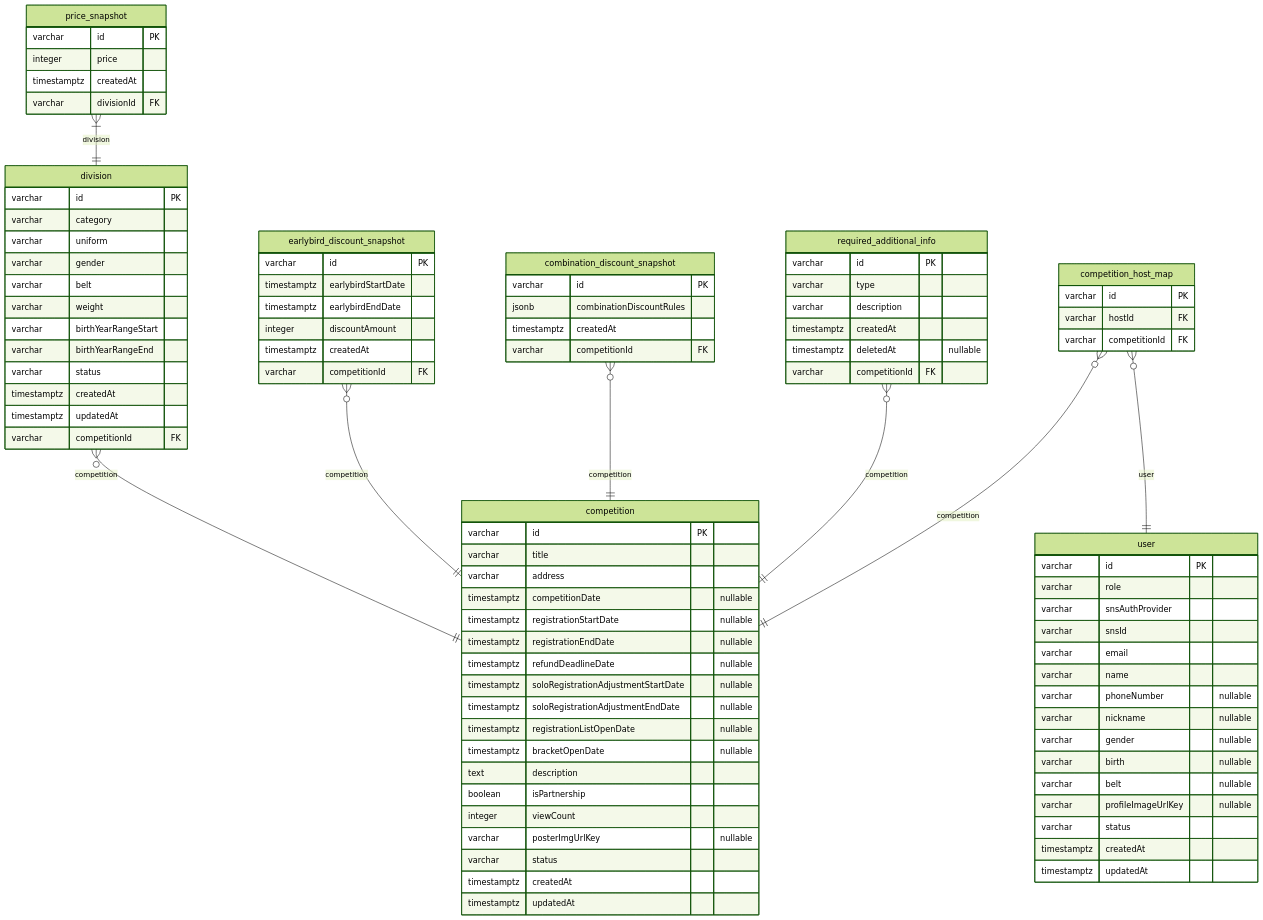
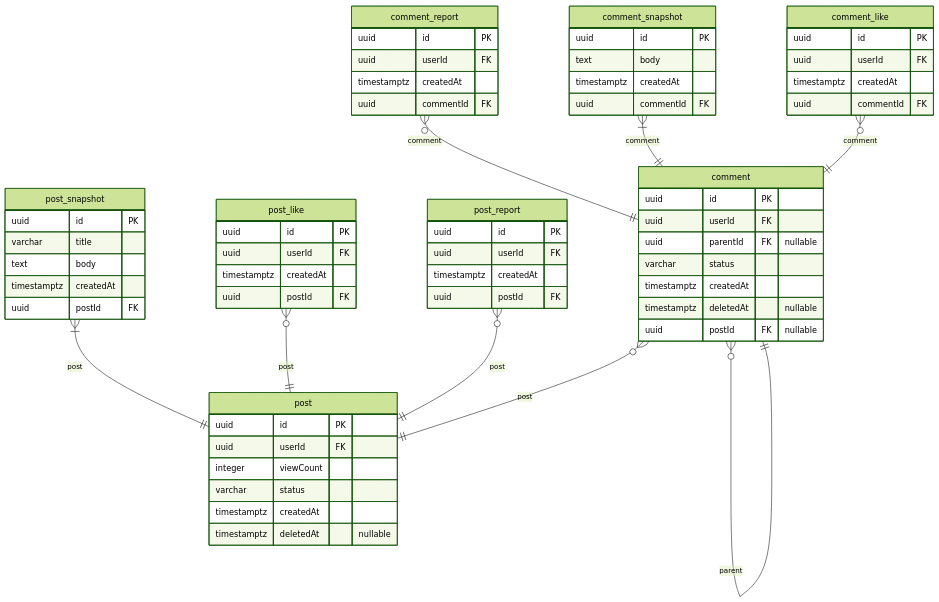
Before and after one commit to NAJUHA-JIUJITSU/najuha-v2-be: the fourth of 4 diagrams in docs/najiha-v2-erd.md, drawn with Mermaid (forest theme). The commit also changed other lines of this file and 43 other files, not shown here.

````diff
--- a/docs/najiha-v2-erd.md
+++ b/docs/najiha-v2-erd.md
@@ -345,94 +537,65 @@
 ```mermaid
 erDiagram
-  price_snapshot {
-    varchar id PK
-    integer price
+  post_snapshot {
+    uuid id PK
+    varchar title
+    text body
     timestamptz createdAt
-    varchar divisionId FK
+    uuid postId FK
   }
-  division {
-    varchar id PK
-    varchar category
-    varchar uniform
-    varchar gender
-    varchar belt
-    varchar weight
-    varchar birthYearRangeStart
-    varchar birthYearRangeEnd
+  post_like {
+    uuid id PK
+    uuid userId FK
+    timestamptz createdAt
+    uuid postId FK
+  }
+  post_report {
+    uuid id PK
+    uuid userId FK
+    timestamptz createdAt
+    uuid postId FK
+  }
+  post {
+    uuid id PK
+    uuid userId FK
+    integer viewCount
     varchar status
     timestamptz createdAt
-    timestamptz updatedAt
-    varchar competitionId FK
+    timestamptz deletedAt "nullable"
   }
-  earlybird_discount_snapshot {
-    varchar id PK
-    timestamptz earlybirdStartDate
-    timestamptz earlybirdEndDate
-    integer discountAmount
+  comment_report {
+    uuid id PK
+    uuid userId FK
     timestamptz createdAt
-    varchar competitionId FK
+    uuid commentId FK
   }
-  combination_discount_snapshot {
-    varchar id PK
-    jsonb combinationDiscountRules
+  comment_snapshot {
+    uuid id PK
+    text body
     timestamptz createdAt
-    varchar competitionId FK
+    uuid commentId FK
   }
-  required_additional_info {
-    varchar id PK
-    varchar type
-    varchar description
+  comment {
+    uuid id PK
+    uuid userId FK
+    uuid parentId FK "nullable"
+    varchar status
     timestamptz createdAt
     timestamptz deletedAt "nullable"
-    varchar competitionId FK
+    uuid postId FK "nullable"
   }
-  competition_host_map {
-    varchar id PK
-    varchar hostId FK
-    varchar competitionId FK
+  comment_like {
+    uuid id PK
+    uuid userId FK
+    timestamptz createdAt
+    uuid commentId FK
   }
-  competition {
-    varchar id PK
-    varchar title
-    varchar address
-    timestamptz competitionDate "nullable"
-    timestamptz registrationStartDate "nullable"
-    timestamptz registrationEndDate "nullable"
-    timestamptz refundDeadlineDate "nullable"
-    timestamptz soloRegistrationAdjustmentStartDate "nullable"
-    timestamptz soloRegistrationAdjustmentEndDate "nullable"
-    timestamptz registrationListOpenDate "nullable"
-    timestamptz bracketOpenDate "nullable"
-    text description
-    boolean isPartnership
-    integer viewCount
-    varchar posterImgUrlKey "nullable"
-    varchar status
-    timestamptz createdAt
-    timestamptz updatedAt
-  }
-  user {
-    varchar id PK
-    varchar role
-    varchar snsAuthProvider
-    varchar snsId
-    varchar email
-    varchar name
-    varchar phoneNumber "nullable"
-    varchar nickname "nullable"
-    varchar gender "nullable"
-    varchar birth "nullable"
-    varchar belt "nullable"
-    varchar profileImageUrlKey "nullable"
-    varchar status
-    timestamptz createdAt
-    timestamptz updatedAt
-  }
-  price_snapshot }|--|| division: division
-  division }o--|| competition: competition
-  earlybird_discount_snapshot }o--|| competition: competition
-  combination_discount_snapshot }o--|| competition: competition
-  required_additional_info }o--|| competition: competition
-  competition_host_map }o--|| user: user
-  competition_host_map }o--|| competition: competition
+  post_snapshot }|--|| post: post
+  post_like }o--|| post: post
+  post_report }o--|| post: post
+  comment_report }o--|| comment: comment
+  comment_snapshot }|--|| comment: comment
+  comment }o--|| comment: parent
+  comment }o--|| post: post
+  comment_like }o--|| comment: comment
 ```
````
